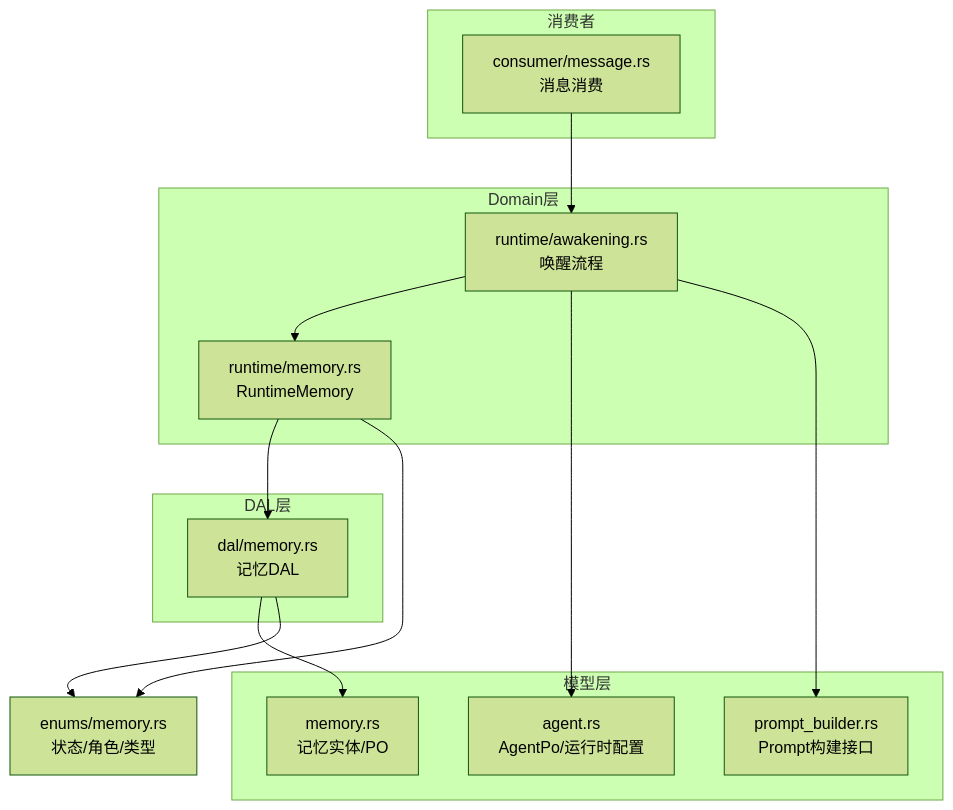
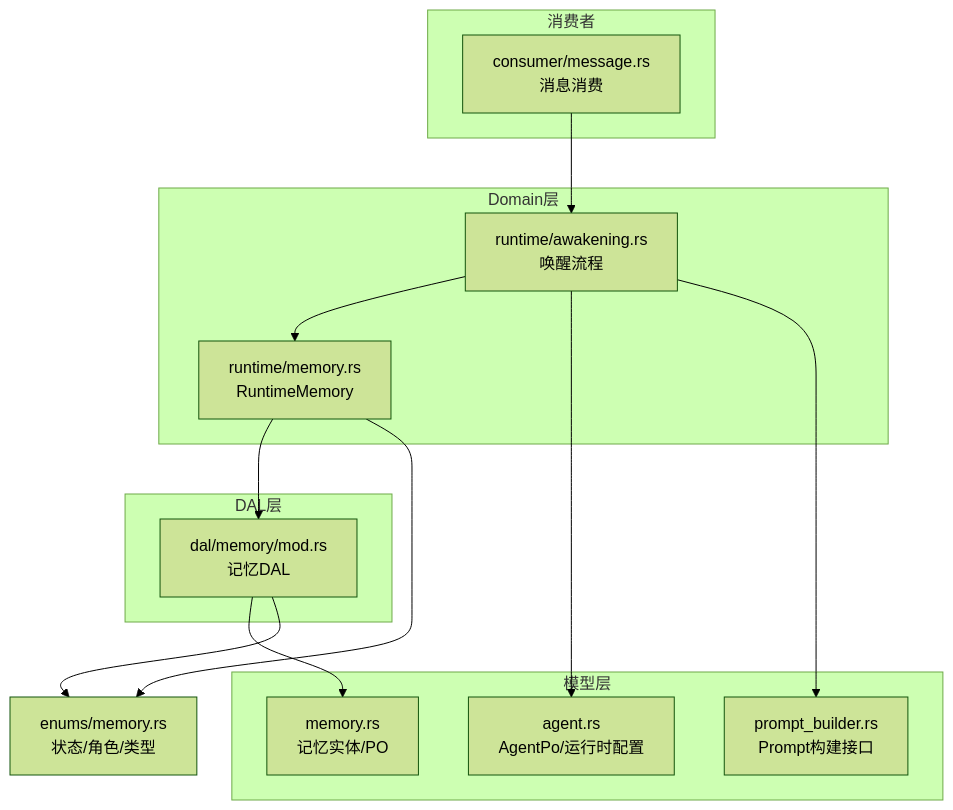
Before and after one commit to runningcoders/ai_orz: the first of 4 diagrams in docs/wiki/zh/content/项目概述/核心功能特性/四层记忆系统/核心记忆 (Core Memory).md, drawn with Mermaid (forest theme). The commit also changed other lines of this file and 45 other files, not shown here.

First line of the commit message:
docs(wiki): 轨迹查询链路 + memory DAO/DAL 目录化 — 长文更新35页 + 知识卡合并1张新增2张 + 单向引用与图谱关联对齐（AGENTS §2.1.3 v2.1，dccbb402..481a8bbb）

````diff
--- a/docs/wiki/zh/content/项目概述/核心功能特性/四层记忆系统/核心记忆 (Core Memory).md
+++ b/docs/wiki/zh/content/项目概述/核心功能特性/四层记忆系统/核心记忆 (Core Memory).md
@@ -39,27 +39,27 @@
 ```mermaid
 graph TB
 subgraph "模型层"
 M1["memory.rs<br/>记忆实体/PO"]
 M2["agent.rs<br/>AgentPo/运行时配置"]
 M3["prompt_builder.rs<br/>Prompt构建接口"]
 end
 subgraph "DAL层"
-D1["dal/memory.rs<br/>记忆DAL"]
+D1["dal/memory/mod.rs<br/>记忆DAL"]
 end
 subgraph "Domain层"
 R1["runtime/memory.rs<br/>RuntimeMemory"]
 R2["runtime/awakening.rs<br/>唤醒流程"]
 end
 subgraph "消费者"
 C1["consumer/message.rs<br/>消息消费"]
 end
 E1["enums/memory.rs<br/>状态/角色/类型"]
 C1 --> R2
 R2 --> R1
 R1 --> D1
 D1 --> M1
 R2 --> M2
 R2 --> M3
 D1 --> E1
 R1 --> E1
 ```
````
